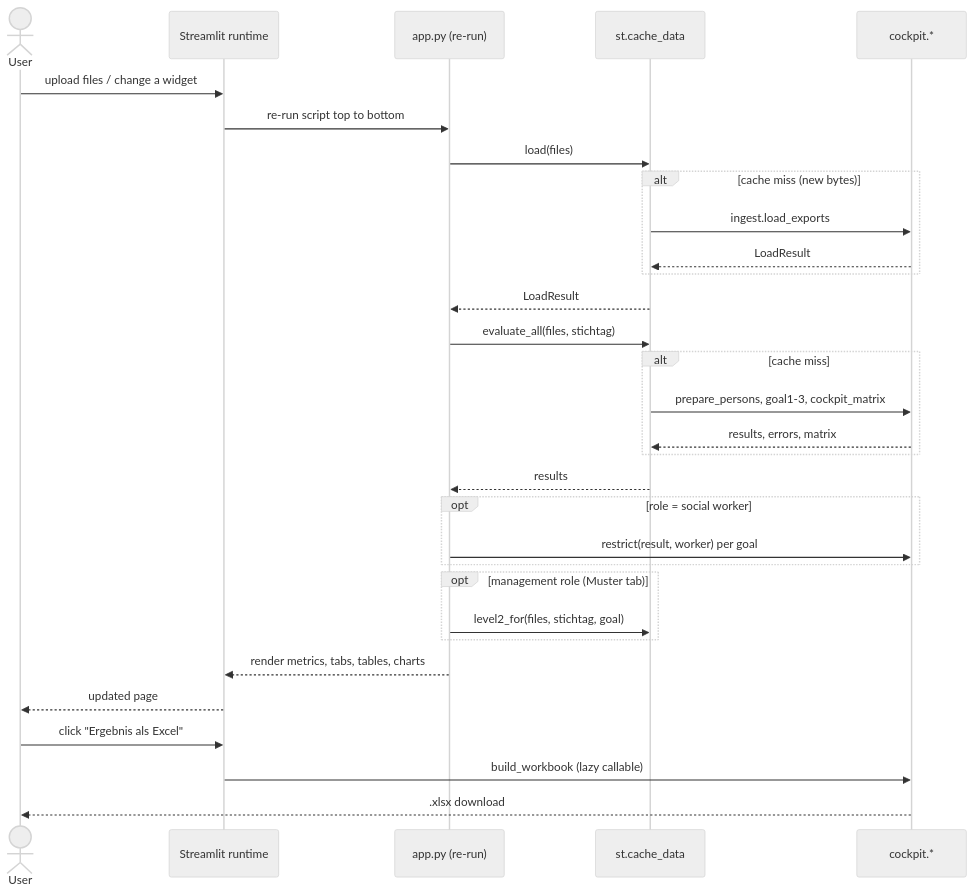
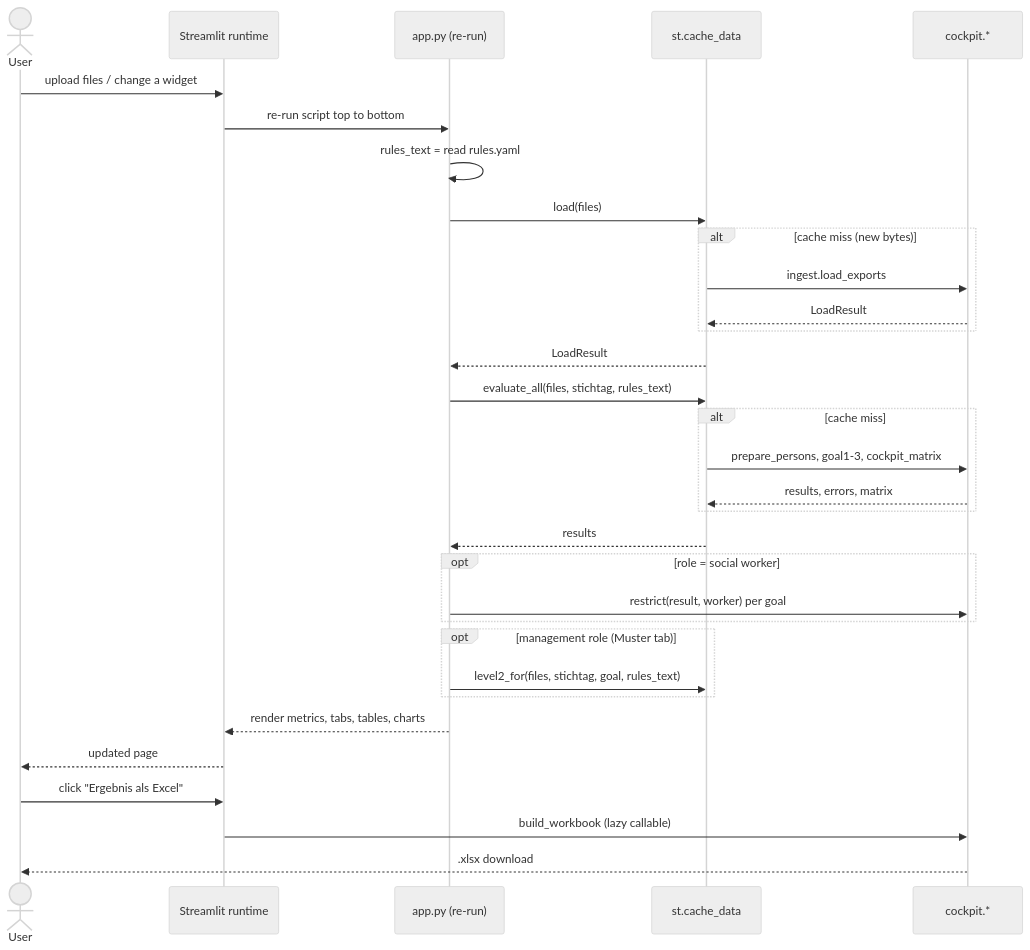
Before and after one commit to cristiv123/integrations-cockpit: diagram 11 of 12 in doc/en/technical-documentation.md, drawn with Mermaid (neutral theme). The commit also changed other lines of this file and 13 other files, not shown here.

````diff
--- a/doc/en/technical-documentation.md
+++ b/doc/en/technical-documentation.md
@@ -646,34 +613,35 @@
 ```mermaid
 sequenceDiagram
     actor U as User
     participant ST as Streamlit runtime
     participant APP as app.py (re-run)
     participant C as st.cache_data
     participant CK as cockpit.*
 
     U->>ST: upload files / change a widget
     ST->>APP: re-run script top to bottom
+    APP->>APP: rules_text = read rules.yaml
     APP->>C: load(files)
     alt cache miss (new bytes)
         C->>CK: ingest.load_exports
         CK-->>C: LoadResult
     end
     C-->>APP: LoadResult
-    APP->>C: evaluate_all(files, stichtag)
+    APP->>C: evaluate_all(files, stichtag, rules_text)
     alt cache miss
         C->>CK: prepare_persons, goal1-3, cockpit_matrix
         CK-->>C: results, errors, matrix
     end
     C-->>APP: results
     opt role = social worker
         APP->>CK: restrict(result, worker) per goal
     end
     opt management role (Muster tab)
-        APP->>C: level2_for(files, stichtag, goal)
+        APP->>C: level2_for(files, stichtag, goal, rules_text)
     end
     APP-->>ST: render metrics, tabs, tables, charts
     ST-->>U: updated page
     U->>ST: click "Ergebnis als Excel"
     ST->>CK: build_workbook (lazy callable)
     CK-->>U: .xlsx download
 ```
````
